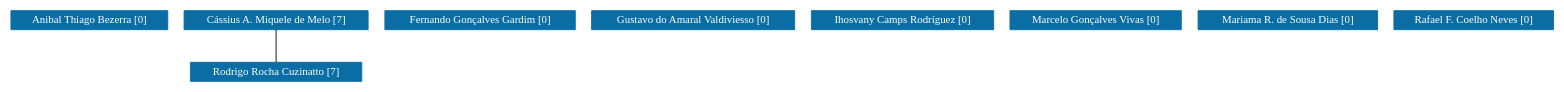
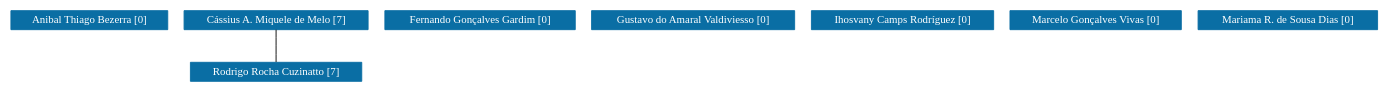
Before and after one commit to icamps/unifal-lattes.github.io: the diagram in PPGF-UNIFAL/grafoDeColaboracoesSemPesos.dot, drawn with Graphviz. The commit also changed 846 other files, not shown here.

```diff
--- a/PPGF-UNIFAL/grafoDeColaboracoesSemPesos.dot
+++ b/PPGF-UNIFAL/grafoDeColaboracoesSemPesos.dot
@@ -1,75 +1,68 @@
 strict graph grafo1 {
-	graph [bb="0,0,1416,78",
+	graph [bb="0,0,1253,78",
 		id=grafo1,
 		overlap=False
 	];
 	node [fontsize=12,
 		label="\N",
 		shape=rectangle,
 		style=filled
 	];
 	0	 [URL="membro-8478305453281130.html",
 		color="#0A6EA4",
 		fontcolor="#FFFFFF",
 		height=0.29167,
 		label="Anibal Thiago Bezerra [0]",
 		pos="71.5,67.5",
 		width=1.9861];
 	1	 [URL="membro-4002033080997386.html",
 		color="#0A6EA4",
 		fontcolor="#FFFFFF",
 		height=0.29167,
 		label="Cássius A. Miquele de Melo [7]",
 		pos="244.5,67.5",
 		width=2.3194];
-	8	 [URL="membro-8073303573679522.html",
+	6	 [URL="membro-8073303573679522.html",
 		color="#0A6EA4",
 		fontcolor="#FFFFFF",
 		height=0.29167,
 		label="Rodrigo Rocha Cuzinatto [7]",
 		pos="244.5,10.5",
 		width=2.1389];
-	1 -- 8	 [pos="244.5,56.779 244.5,46.588 244.5,31.348 244.5,21.173"];
+	1 -- 6	 [pos="244.5,56.779 244.5,46.588 244.5,31.348 244.5,21.173"];
 	2	 [URL="membro-2425549033248106.html",
 		color="#0A6EA4",
 		fontcolor="#FFFFFF",
 		height=0.29167,
 		label="Fernando Gonçalves Gardim [0]",
 		pos="431.5,67.5",
 		width=2.3611];
 	3	 [URL="membro-4023778019418442.html",
 		color="#0A6EA4",
 		fontcolor="#FFFFFF",
 		height=0.29167,
 		label="Gustavo do Amaral Valdiviesso [0]",
 		pos="626.5,67.5",
 		width=2.5417];
 	4	 [URL="membro-3732563704810366.html",
 		color="#0A6EA4",
 		fontcolor="#FFFFFF",
 		height=0.29167,
 		label="Ihosvany Camps Rodríguez [0]",
 		pos="818.5,67.5",
 		width=2.2778];
 	5	 [URL="membro-1312049227898761.html",
 		color="#0A6EA4",
 		fontcolor="#FFFFFF",
 		height=0.29167,
 		label="Marcelo Gonçalves Vivas [0]",
 		pos="996.5,67.5",
 		width=2.1528];
-	6	 [URL="membro-9972552337847809.html",
+	7	 [URL="membro-9972552337847809.html",
 		color="#0A6EA4",
 		fontcolor="#FFFFFF",
 		height=0.29167,
 		label="Mariama R. de Sousa Dias [0]",
 		pos="1172.5,67.5",
 		width=2.2361];
-	7	 [URL="membro-3697495590985027.html",
-		color="#0A6EA4",
-		fontcolor="#FFFFFF",
-		height=0.29167,
-		label="Rafael F. Coelho Neves [0]",
-		pos="1343.5,67.5",
-		width=2.0139];
 }
```
